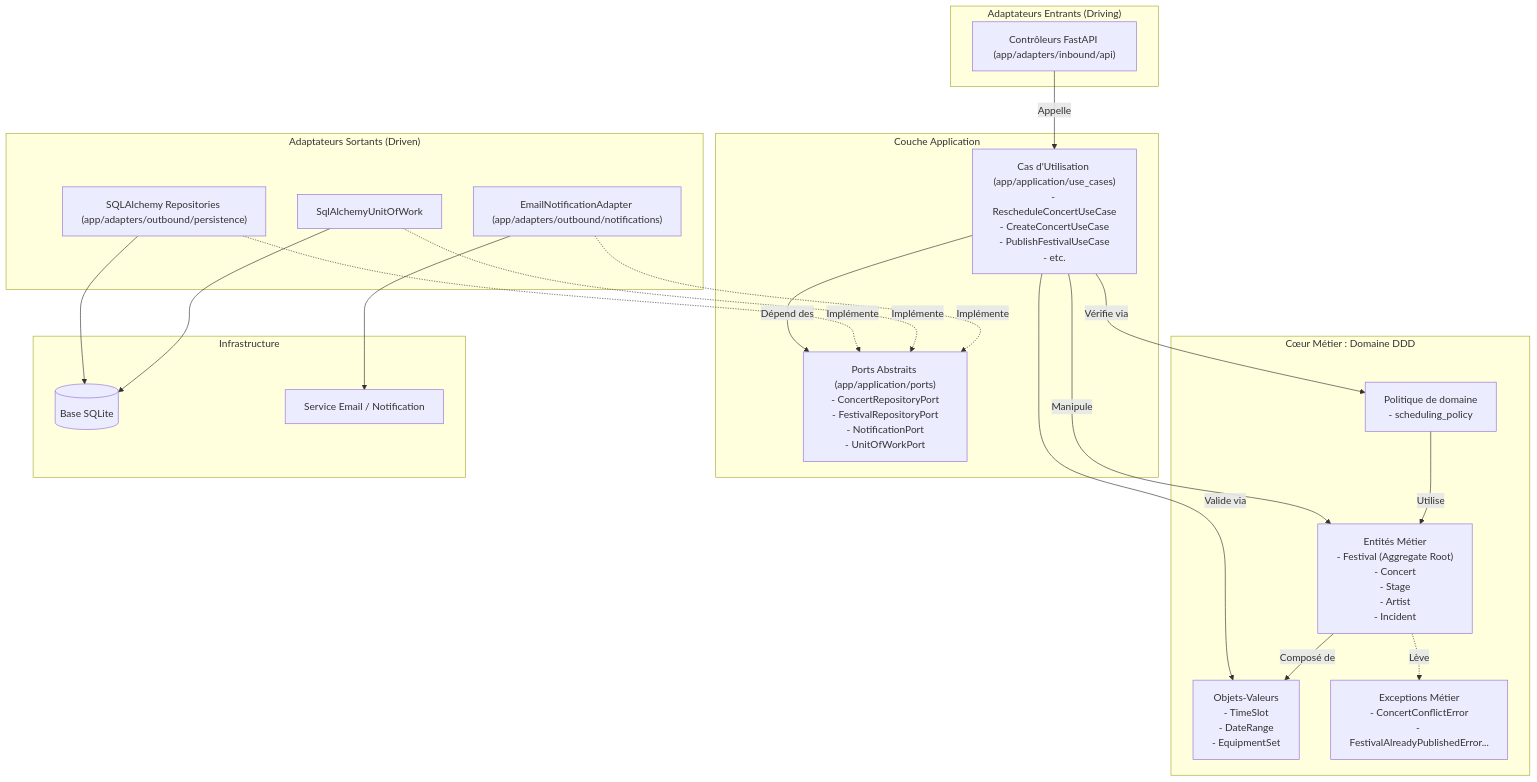
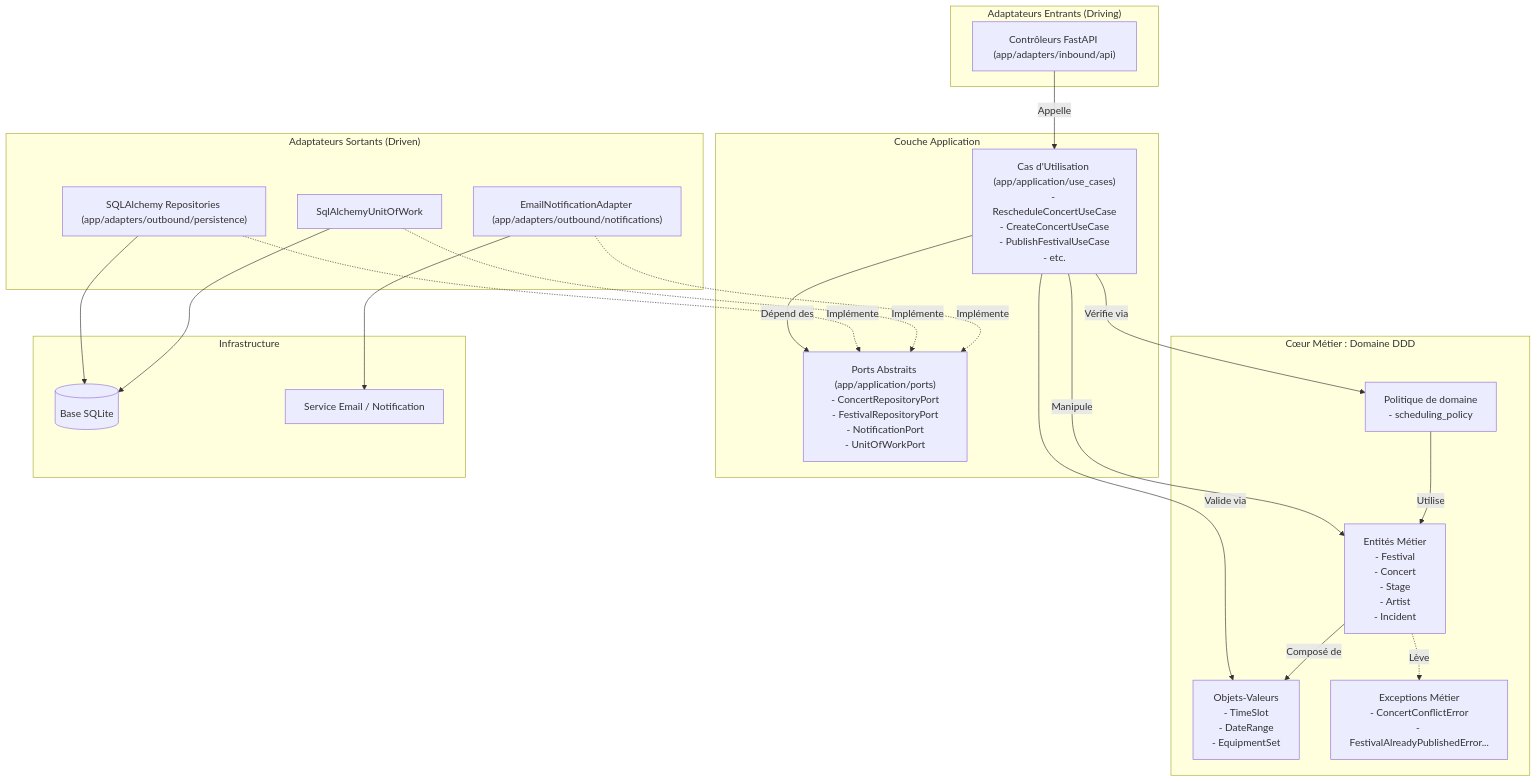
Before and after one commit to Timogui/Architecture_hexagonale: the second of 3 diagrams in NOTE_D_ARCHITECTURE.md, drawn with Mermaid. The commit also changed other lines of this file and 3 other files, not shown here.

````diff
--- a/NOTE_D_ARCHITECTURE.md
+++ b/NOTE_D_ARCHITECTURE.md
@@ -123,46 +124,46 @@
 ```mermaid
 flowchart TD
     subgraph DrivingAdapters ["Adaptateurs Entrants (Driving)"]
         FastAPIControlers["Contrôleurs FastAPI (app/adapters/inbound/api)"]
     end
 
     subgraph ApplicationLayer ["Couche Application"]
         UseCases["Cas d'Utilisation (app/application/use_cases)\n- RescheduleConcertUseCase\n- CreateConcertUseCase\n- PublishFestivalUseCase\n- etc."]
         Ports["Ports Abstraits (app/application/ports)\n- ConcertRepositoryPort\n- FestivalRepositoryPort\n- NotificationPort\n- UnitOfWorkPort"]
     end
 
     subgraph DomainLayer ["Cœur Métier : Domaine DDD"]
-        Entities["Entités Métier\n- Festival (Aggregate Root)\n- Concert\n- Stage\n- Artist\n- Incident"]
+        Entities["Entités Métier\n- Festival\n- Concert\n- Stage\n- Artist\n- Incident"]
         ValueObjects["Objets-Valeurs\n- TimeSlot\n- DateRange\n- EquipmentSet"]
         Policy["Politique de domaine\n- scheduling_policy"]
         Exceptions["Exceptions Métier\n- ConcertConflictError\n- FestivalAlreadyPublishedError..."]
     end
 
     subgraph DrivenAdapters ["Adaptateurs Sortants (Driven)"]
         SQLRepos["SQLAlchemy Repositories (app/adapters/outbound/persistence)"]
         SQLUoW["SqlAlchemyUnitOfWork"]
         EmailNotif["EmailNotificationAdapter (app/adapters/outbound/notifications)"]
     end
 
     subgraph Infrastructure ["Infrastructure"]
         SQLiteDB[(Base SQLite)]
         SMTP[Service Email / Notification]
     end
 
     FastAPIControlers -->|Appelle| UseCases
     UseCases -->|Manipule| Entities
     UseCases -->|Valide via| ValueObjects
     UseCases -->|Vérifie via| Policy
     Policy -->|Utilise| Entities
     Entities -->|Composé de| ValueObjects
     Entities -.->|Lève| Exceptions
 
     UseCases -->|Dépend des| Ports
     SQLRepos -.->|Implémente| Ports
     SQLUoW -.->|Implémente| Ports
     EmailNotif -.->|Implémente| Ports
 
     SQLRepos --> SQLiteDB
     SQLUoW --> SQLiteDB
     EmailNotif --> SMTP
 ```
````
